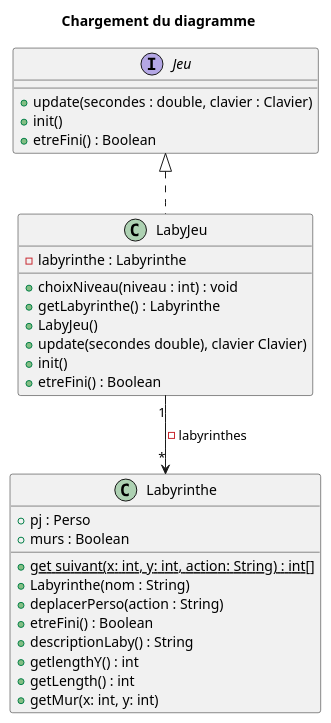
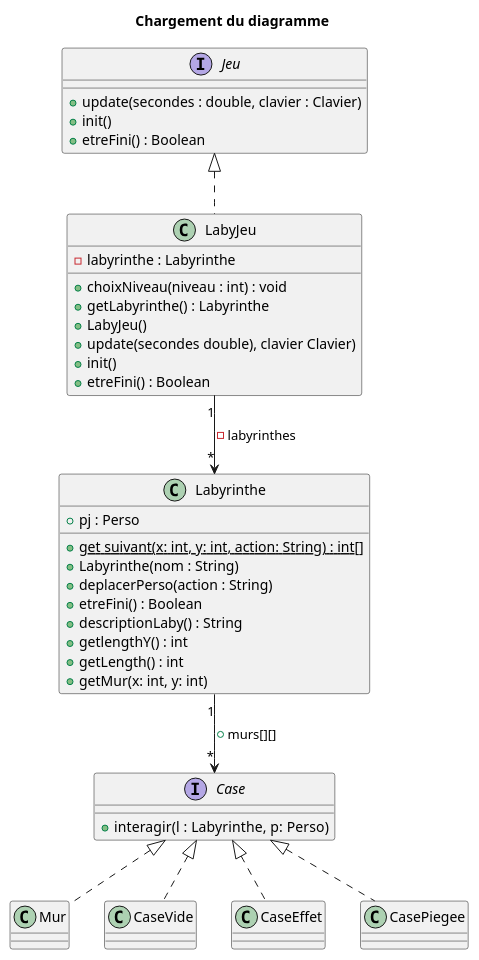
One commit to Baloo54/Zeldiablo_Comte_Fuchs_Andre_Mathieu changed the first of 5 diagrams in documents/itération1/itération1.puml. Above: the diagram before and after it, drawn with PlantUML.

Commit message:
modification uml

```diff
--- a/documents/itération1/itération1.puml
+++ b/documents/itération1/itération1.puml
@@ -1,43 +1,62 @@
 @startuml diagrammeLaby
 title Chargement du diagramme
 
 '''classes
 class Labyrinthe
 {
   +pj : Perso
-  +murs : Boolean
 
   +{static} get suivant(x: int, y: int, action: String) : int[]
   +Labyrinthe(nom : String)
   +deplacerPerso(action : String)
   +etreFini() : Boolean
   +descriptionLaby() : String
   +getlengthY() : int
   +getLength() : int
   +getMur(x: int, y: int)
 }
 
 class LabyJeu
 {
   -labyrinthe : Labyrinthe
 
   +choixNiveau(niveau : int) : void
   +getLabyrinthe() : Labyrinthe
   +LabyJeu()
   +update(secondes double), clavier Clavier)
   +init()
   +etreFini() : Boolean
 }
 
 interface Jeu
 {
   +update(secondes : double, clavier : Clavier)
   +init()
   +etreFini() : Boolean
 }
 
+interface Case {
+    +interagir(l : Labyrinthe, p:  Perso)
+}
+
+class Mur {}
+
+class CaseVide {}
+
+class CaseEffet{}
+
+class CasePiegee{}
+
 '''relations
 Jeu <|.. LabyJeu
+
+Case <|.. CasePiegee
+Case <|.. CaseEffet
+Case <|.. CaseVide
+Case <|.. Mur
+
 LabyJeu "1" --> "*" Labyrinthe : -labyrinthes
 
+Labyrinthe "1" --> "*" Case : +murs[][]
+
 @enduml
```
